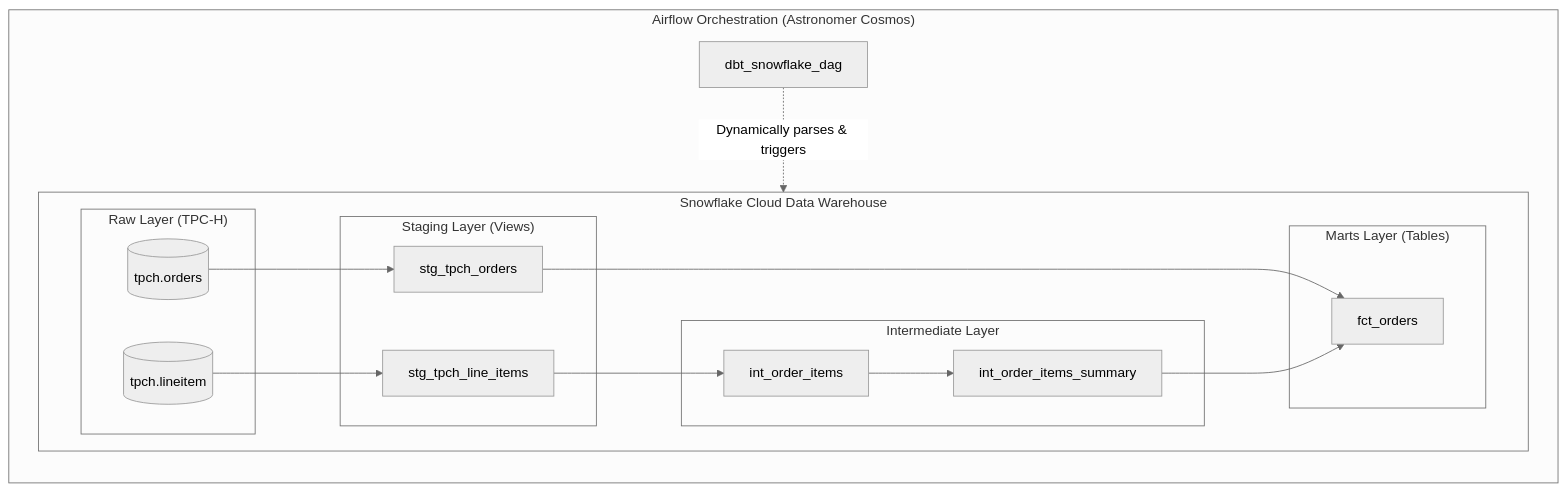
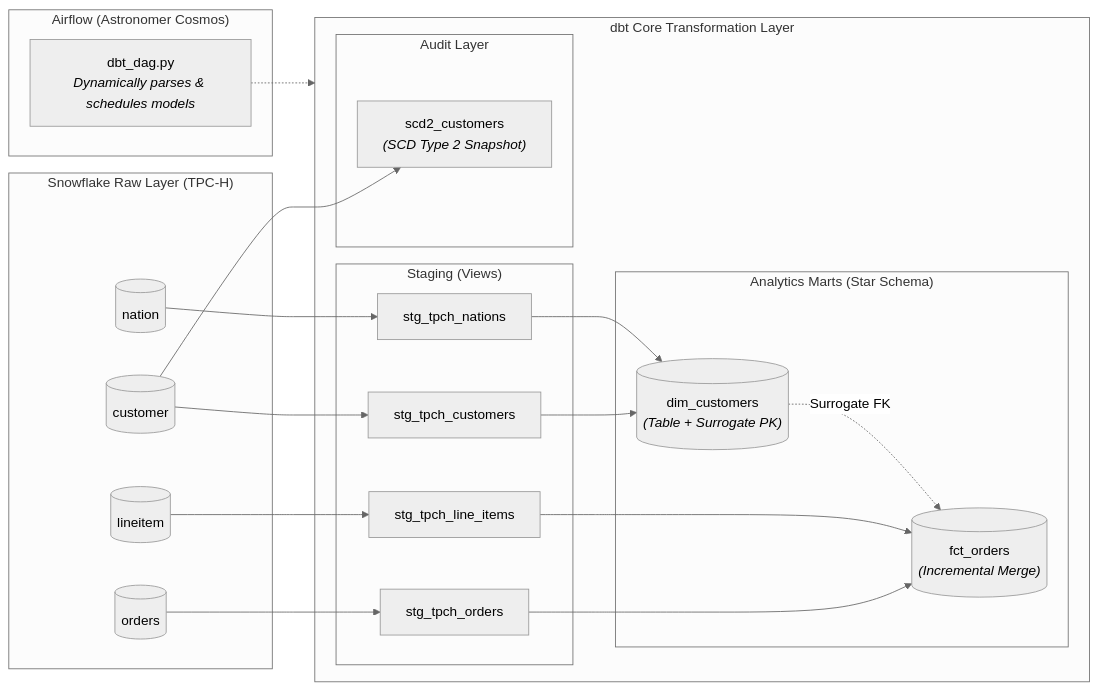
The diagram in README.md (vinayvp/dbt_dag_practise), drawn with Mermaid (neutral theme) before and after one commit. The commit also changed other lines of this file and 29 other files, not shown here.

First line of the commit message:
Upgrade architecture to enterprise-grade dbt analytics platform

````diff
--- a/README.md
+++ b/README.md
@@ -24,35 +32,42 @@
 ```mermaid
 flowchart LR
-    subgraph Snowflake ["Snowflake Cloud Data Warehouse"]
-        subgraph Source ["Raw Layer (TPC-H)"]
-            SRC_ORDERS[(tpch.orders)]
-            SRC_ITEMS[(tpch.lineitem)]
+    subgraph Sources ["Snowflake Raw Layer (TPC-H)"]
+        SRC_ORDERS[("orders")]
+        SRC_ITEMS[("lineitem")]
+        SRC_CUST[("customer")]
+        SRC_NAT[("nation")]
+    end
+
+    subgraph dbt ["dbt Core Transformation Layer"]
+        subgraph Staging ["Staging (Views)"]
+            STG_O["stg_tpch_orders"]
+            STG_I["stg_tpch_line_items"]
+            STG_C["stg_tpch_customers"]
+            STG_N["stg_tpch_nations"]
         end
 
-        subgraph Staging ["Staging Layer (Views)"]
-            STG_ORDERS[stg_tpch_orders]
-            STG_ITEMS[stg_tpch_line_items]
+        subgraph Marts ["Analytics Marts (Star Schema)"]
+            DIM_C[("dim_customers<br/><i>(Table + Surrogate PK)</i>")]
+            FCT_O[("fct_orders<br/><i>(Incremental Merge)</i>")]
         end
 
-        subgraph Intermediate ["Intermediate Layer"]
-            INT_ITEMS[int_order_items]
-            INT_SUMMARY[int_order_items_summary]
-        end
-
-        subgraph Marts ["Marts Layer (Tables)"]
-            FCT_ORDERS[fct_orders]
+        subgraph CDC ["Audit Layer"]
+            SCD_C["scd2_customers<br/><i>(SCD Type 2 Snapshot)</i>"]
         end
     end
 
-    subgraph Airflow ["Airflow Orchestration (Astronomer Cosmos)"]
-        DAG[dbt_snowflake_dag]
-        DAG -.->|Dynamically parses & triggers| Snowflake
+    subgraph Airflow ["Airflow (Astronomer Cosmos)"]
+        DAG["dbt_dag.py<br/><i>Dynamically parses & schedules models</i>"]
     end
 
-    SRC_ORDERS --> STG_ORDERS
-    SRC_ITEMS --> STG_ITEMS
-    STG_ITEMS --> INT_ITEMS
-    INT_ITEMS --> INT_SUMMARY
-    STG_ORDERS --> FCT_ORDERS
-    INT_SUMMARY --> FCT_ORDERS
+    SRC_ORDERS --> STG_O
+    SRC_ITEMS --> STG_I
+    SRC_CUST --> STG_C
+    SRC_CUST --> SCD_C
+    SRC_NAT --> STG_N
+
+    STG_C & STG_N --> DIM_C
+    STG_O & STG_I --> FCT_O
+    DIM_C -.->|Surrogate FK| FCT_O
+    DAG -.-> dbt
 ```
````
